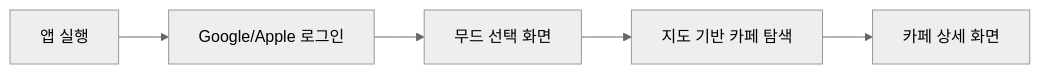
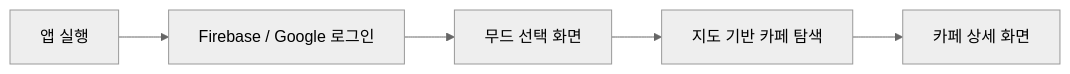
Before and after one commit to tmdnd0568/moodplace: the diagram in README.md, drawn with Mermaid (neutral theme). The commit also changed other lines of this file and 9 other files, not shown here.

````diff
--- a/README.md
+++ b/README.md
@@ -41,7 +40,7 @@
 ```mermaid
 flowchart LR
-    A["앱 실행"] --> B["Google/Apple 로그인"]
+    A["앱 실행"] --> B["Firebase / Google 로그인"]
     B --> C["무드 선택 화면"]
     C --> D["지도 기반 카페 탐색"]
     D --> E["카페 상세 화면"]
 ```
````
